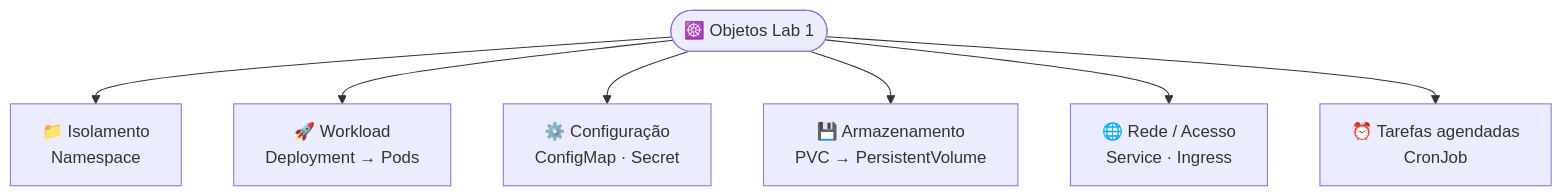
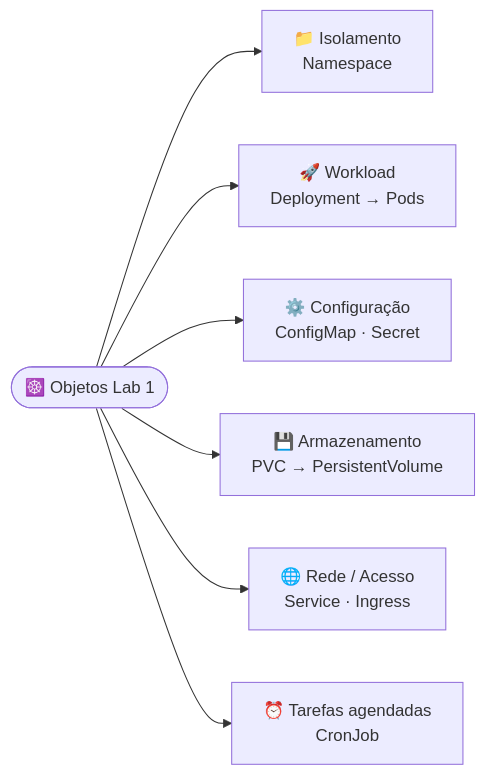
Before and after one commit to weynne/cesar-school-pos-devops-k8s-labs: the second of 11 diagrams in README.md, drawn with Mermaid. The commit also changed other lines of this file, not shown here.

````diff
--- a/README.md
+++ b/README.md
@@ -64,11 +137,11 @@
 ```mermaid
-flowchart TD
+flowchart LR
     K8s(["☸️ Objetos Lab 1"])
 
     K8s --> Iso["📁 Isolamento<br/>Namespace"]
     K8s --> Work["🚀 Workload<br/>Deployment → Pods"]
     K8s --> Conf["⚙️ Configuração<br/>ConfigMap · Secret"]
     K8s --> Stor["💾 Armazenamento<br/>PVC → PersistentVolume"]
     K8s --> Net["🌐 Rede / Acesso<br/>Service · Ingress"]
     K8s --> Task["⏰ Tarefas agendadas<br/>CronJob"]
 ```
````
